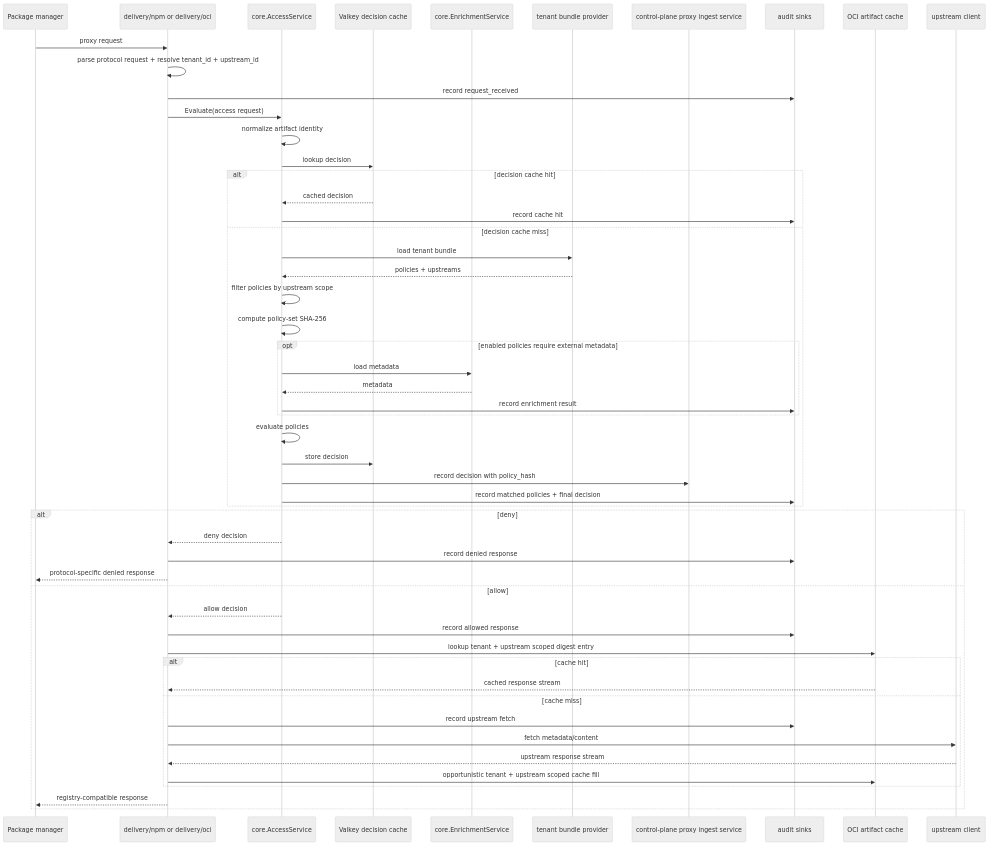
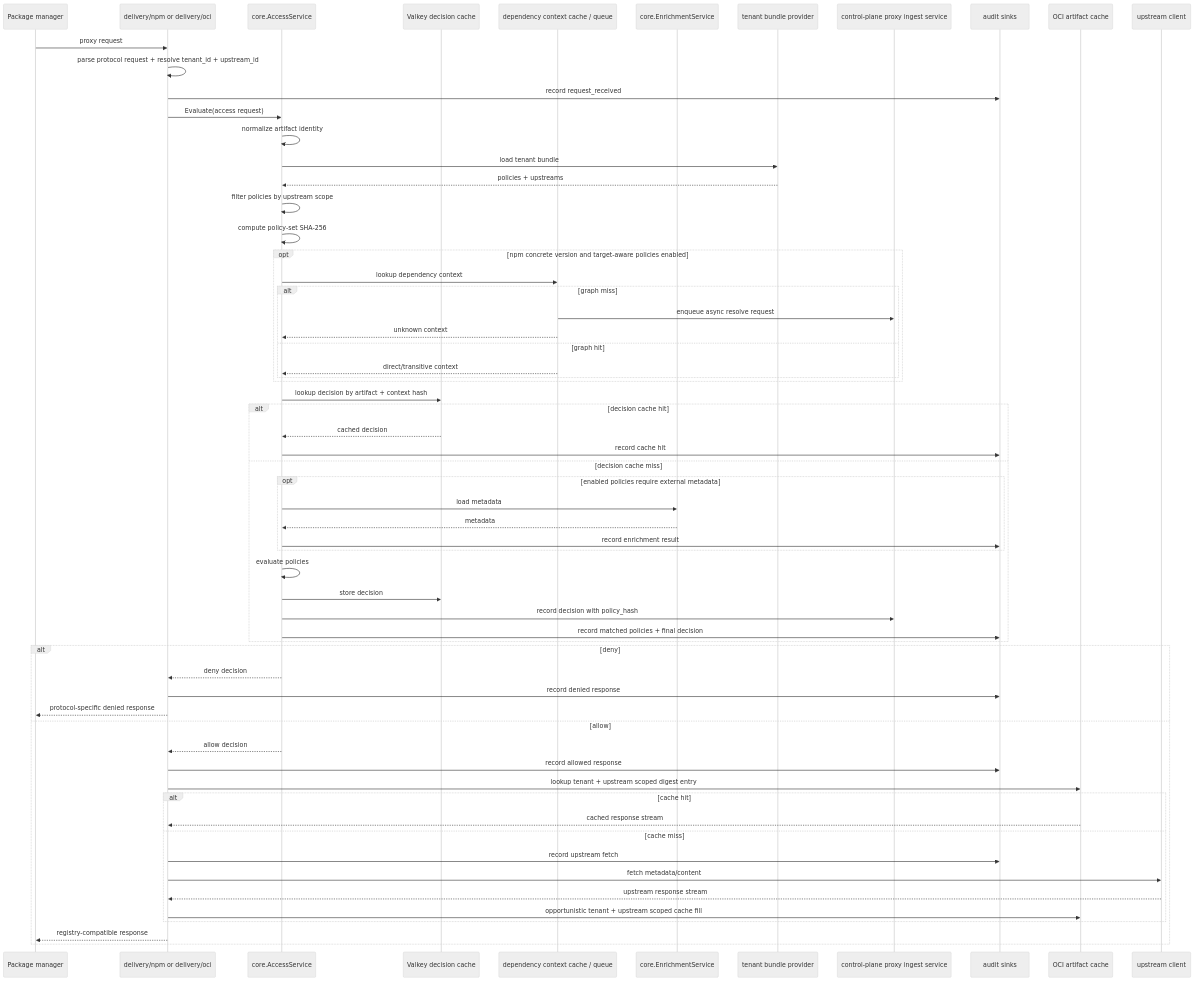
Before and after one commit to terrpan/dependency-firewall: the fourth of 5 diagrams in docs/architecture.md, drawn with Mermaid (neutral theme). The commit also changed other lines of this file and 96 other files, not shown here.

Commit message:
feat: add async npm dependency graph backend (#1)

````diff
--- a/docs/architecture.md
+++ b/docs/architecture.md
@@ -246,58 +260,68 @@
 ```mermaid
 sequenceDiagram
     participant client as Package manager
     participant delivery as delivery/npm or delivery/oci
     participant access as core.AccessService
     participant dcache as Valkey decision cache
+    participant graph as dependency context cache / queue
     participant enrich as core.EnrichmentService
     participant bundle as tenant bundle provider
     participant ingest as control-plane proxy ingest service
     participant audit as audit sinks
     participant ocicache as OCI artifact cache
     participant upstream as upstream client
 
     client->>delivery: proxy request
     delivery->>delivery: parse protocol request + resolve tenant_id + upstream_id
     delivery->>audit: record request_received
     delivery->>access: Evaluate(access request)
     access->>access: normalize artifact identity
-    access->>dcache: lookup decision
+    access->>bundle: load tenant bundle
+    bundle-->>access: policies + upstreams
+    access->>access: filter policies by upstream scope
+    access->>access: compute policy-set SHA-256
+    opt npm concrete version and target-aware policies enabled
+        access->>graph: lookup dependency context
+        alt graph miss
+            graph->>ingest: enqueue async resolve request
+            graph-->>access: unknown context
+        else graph hit
+            graph-->>access: direct/transitive context
+        end
+    end
+    access->>dcache: lookup decision by artifact + context hash
 
     alt decision cache hit
         dcache-->>access: cached decision
         access->>audit: record cache hit
     else decision cache miss
-        access->>bundle: load tenant bundle
-        bundle-->>access: policies + upstreams
-        access->>access: filter policies by upstream scope
-        access->>access: compute policy-set SHA-256
         opt enabled policies require external metadata
             access->>enrich: load metadata
             enrich-->>access: metadata
             access->>audit: record enrichment result
         end
         access->>access: evaluate policies
         access->>dcache: store decision
         access->>ingest: record decision with policy_hash
         access->>audit: record matched policies + final decision
     end
 
     alt deny
         access-->>delivery: deny decision
         delivery->>audit: record denied response
         delivery-->>client: protocol-specific denied response
     else allow
         access-->>delivery: allow decision
         delivery->>audit: record allowed response
         delivery->>ocicache: lookup tenant + upstream scoped digest entry
         alt cache hit
             ocicache-->>delivery: cached response stream
         else cache miss
             delivery->>audit: record upstream fetch
             delivery->>upstream: fetch metadata/content
             upstream-->>delivery: upstream response stream
             delivery->>ocicache: opportunistic tenant + upstream scoped cache fill
         end
         delivery-->>client: registry-compatible response
     end
 ```
````
